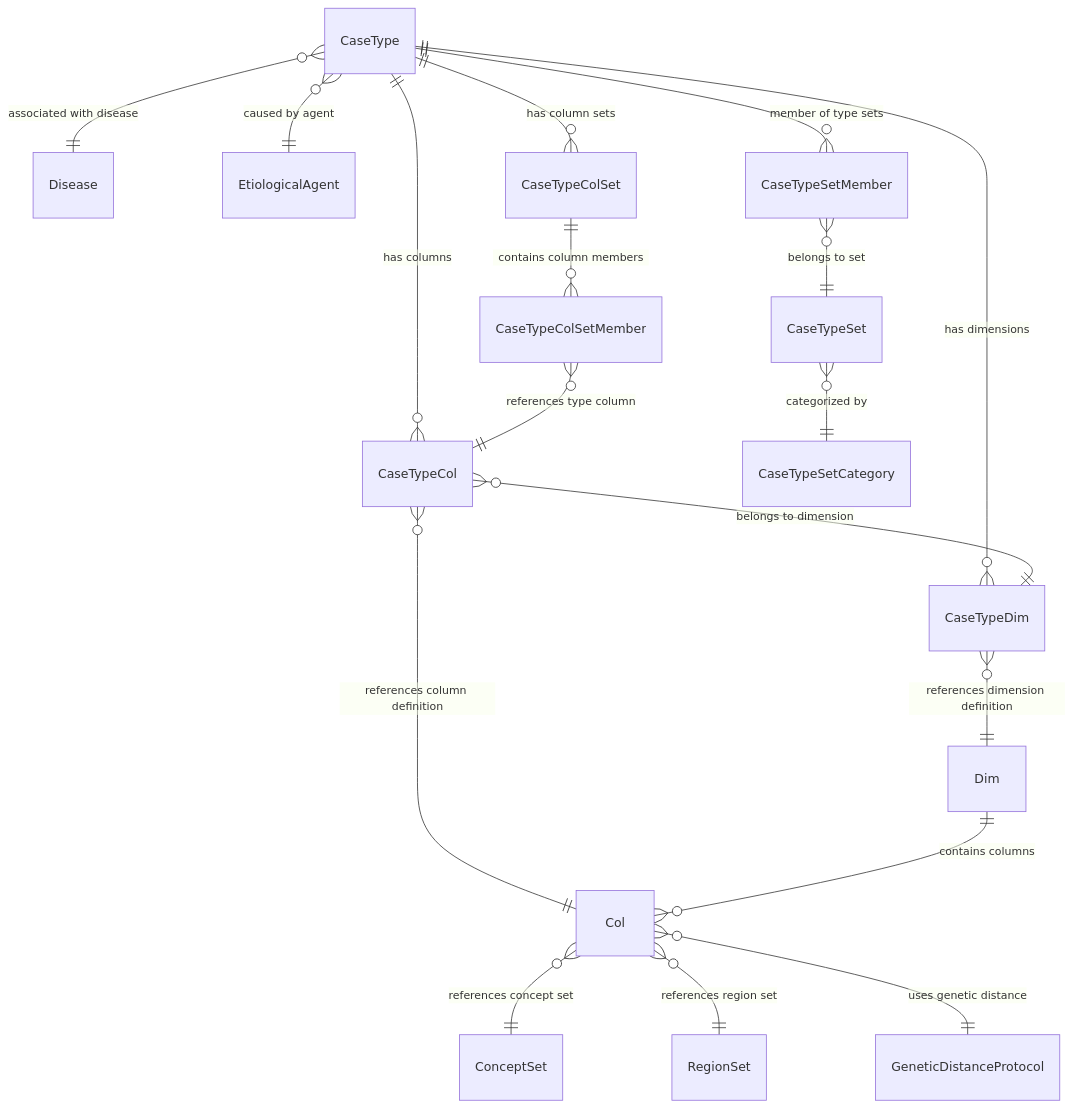
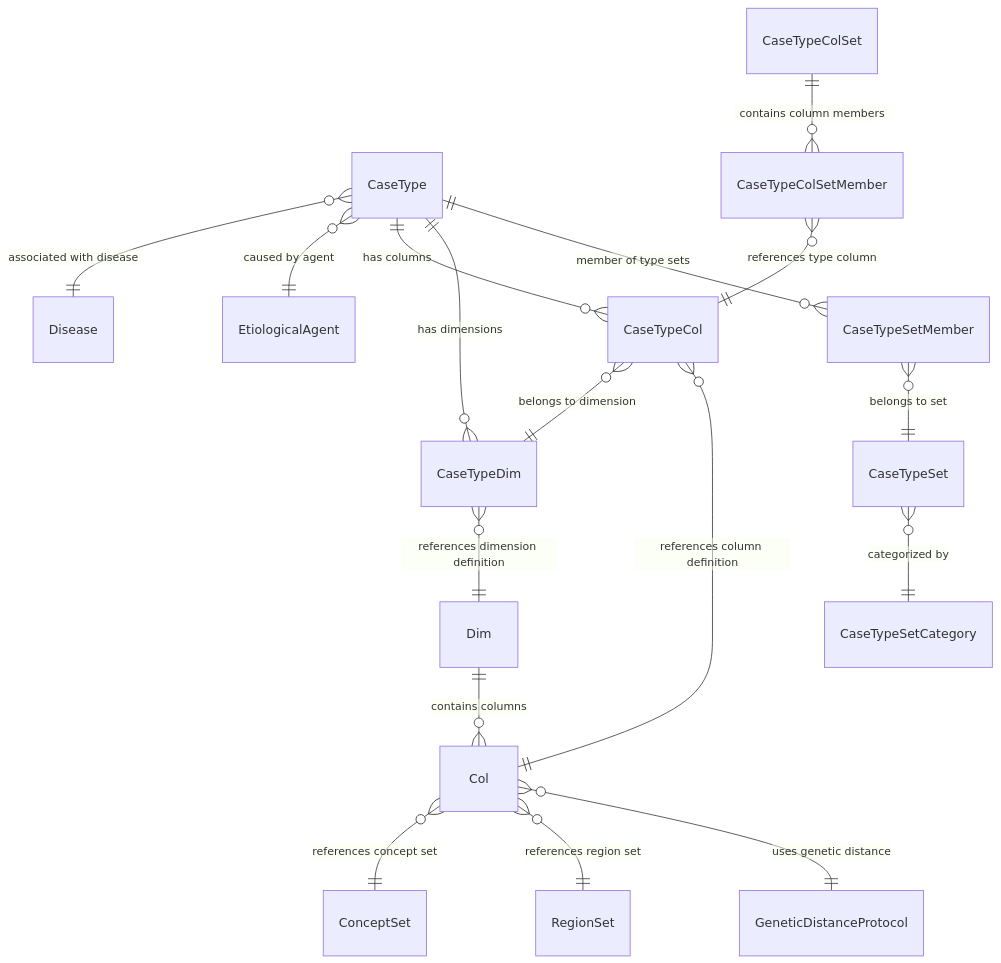
One commit to RIVM-bioinformatics/gen-epix-api changed the second of 8 diagrams in docs/casedb/case_models_erd.md. Above: the diagram before and after it, drawn with Mermaid. The commit also changed other lines of this file, not shown here.

Commit message:
doc: fix core case type diagram (no direct relation between CaseType and CaseTypeColSet Add simplified diagram for ABAC control policies using only organization-level access/share policies.

````diff
--- a/docs/casedb/case_models_erd.md
+++ b/docs/casedb/case_models_erd.md
@@ -26,25 +26,24 @@
 ```mermaid
 erDiagram
     CaseType }o--|| Disease : "associated with disease"
     CaseType }o--|| EtiologicalAgent : "caused by agent"
     
     CaseType ||--o{ CaseTypeCol : "has columns"
     CaseType ||--o{ CaseTypeDim : "has dimensions"
     
     CaseTypeCol }o--|| CaseTypeDim : "belongs to dimension"
     CaseTypeCol }o--|| Col : "references column definition"
     CaseTypeDim }o--|| Dim : "references dimension definition"
     
     Dim ||--o{ Col : "contains columns"
     Col }o--|| ConceptSet : "references concept set"
     Col }o--|| RegionSet : "references region set"
     Col }o--|| GeneticDistanceProtocol : "uses genetic distance"
     
     CaseType ||--o{ CaseTypeSetMember : "member of type sets"
     CaseTypeSetMember }o--|| CaseTypeSet : "belongs to set"
     CaseTypeSet }o--|| CaseTypeSetCategory : "categorized by"
     
-    CaseType ||--o{ CaseTypeColSet : "has column sets"
     CaseTypeColSet ||--o{ CaseTypeColSetMember : "contains column members"
     CaseTypeColSetMember }o--|| CaseTypeCol : "references type column"
 ```
````
